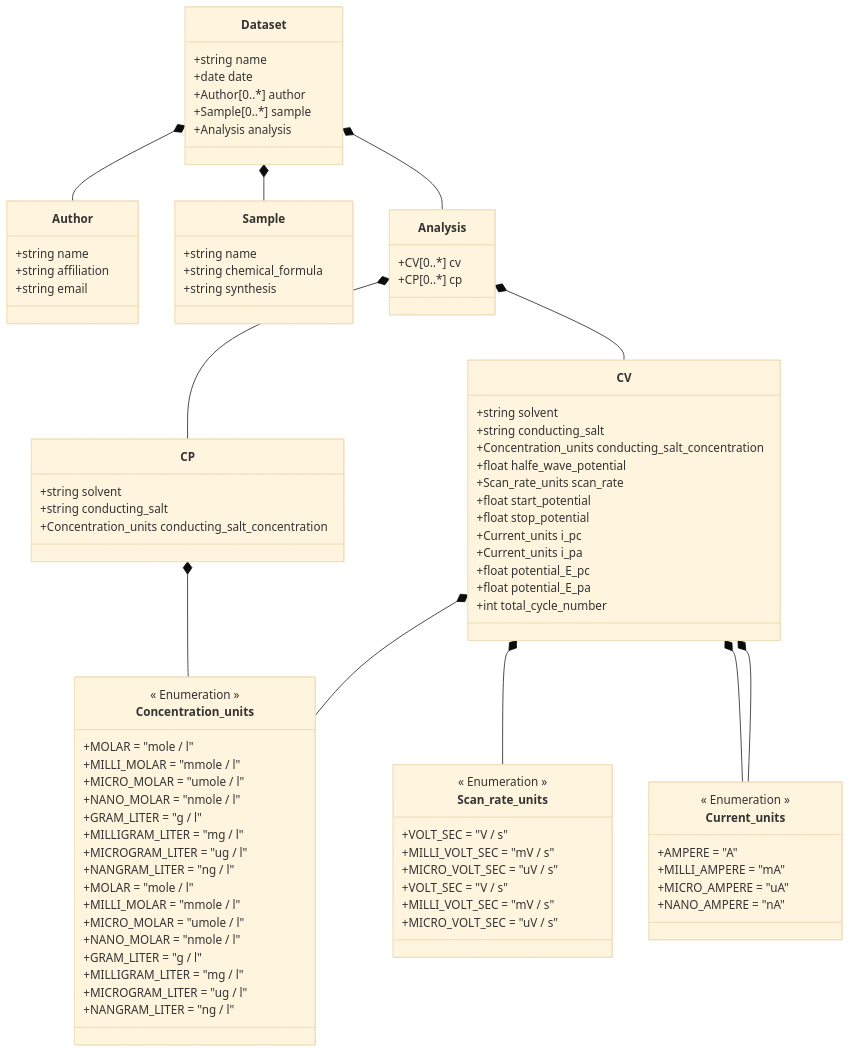
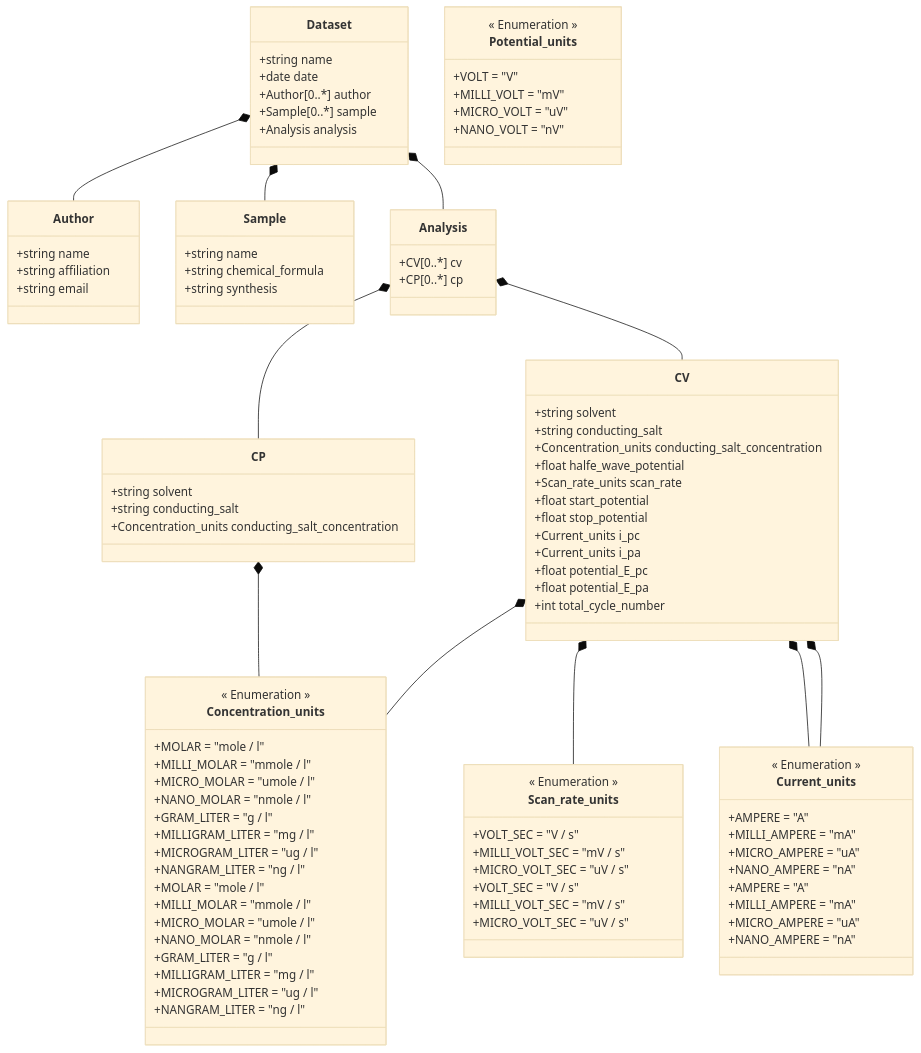
Before and after one commit to FAIRChemistry/datamodel-electrochemistry: the diagram in ElectrochemistryDataModel/schemes/Datamodel for Electrochemistry.md, drawn with Mermaid (base theme). The commit also changed 9 other files, not shown here.

````diff
--- a/ElectrochemistryDataModel/schemes/Datamodel for Electrochemistry.md
+++ b/ElectrochemistryDataModel/schemes/Datamodel for Electrochemistry.md
@@ -103,4 +103,20 @@
         +NANO_AMPERE = "nA"
     }
     
+    class Current_units {
+        << Enumeration >>
+        +AMPERE = "A"
+        +MILLI_AMPERE = "mA"
+        +MICRO_AMPERE = "uA"
+        +NANO_AMPERE = "nA"
+    }
+    
+    class Potential_units {
+        << Enumeration >>
+        +VOLT = "V"
+        +MILLI_VOLT = "mV"
+        +MICRO_VOLT = "uV"
+        +NANO_VOLT = "nV"
+    }
+    
 ```
````
